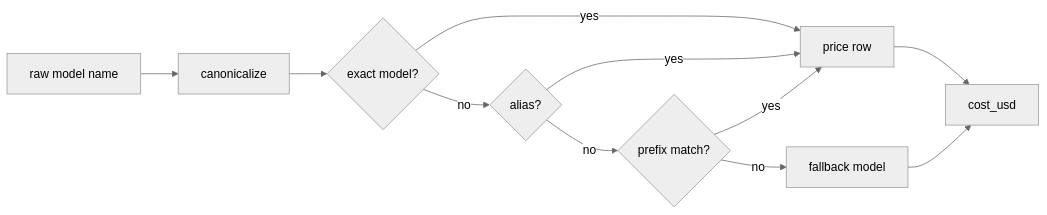
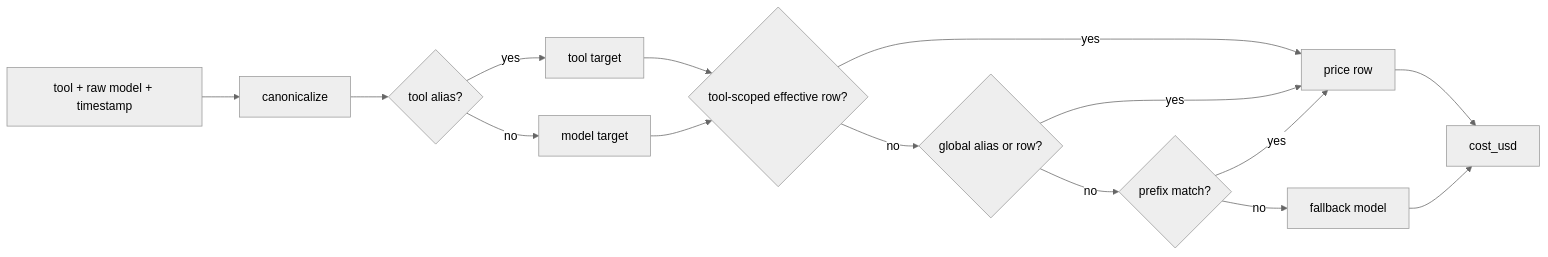
One commit to russmckendrick/tokenuse changed the fourth of 4 diagrams in docs/development/architecture.md. Above: the diagram before and after it, drawn with Mermaid (neutral theme). The commit also changed other lines of this file and 8 other files, not shown here.

````diff
--- a/docs/development/architecture.md
+++ b/docs/development/architecture.md
@@ -179,13 +179,17 @@
 ```mermaid
 flowchart LR
-    A[raw model name] --> B[canonicalize]
-    B --> C{exact model?}
-    C -->|yes| D[price row]
-    C -->|no| E{alias?}
-    E -->|yes| D
-    E -->|no| F{prefix match?}
-    F -->|yes| D
-    F -->|no| G[fallback model]
-    D --> H[cost_usd]
-    G --> H
+    A[tool + raw model + timestamp] --> B[canonicalize]
+    B --> C{tool alias?}
+    C -->|yes| D[tool target]
+    C -->|no| E[model target]
+    D --> F{tool-scoped effective row?}
+    E --> F
+    F -->|yes| G[price row]
+    F -->|no| H{global alias or row?}
+    H -->|yes| G
+    H -->|no| I{prefix match?}
+    I -->|yes| G
+    I -->|no| J[fallback model]
+    G --> K[cost_usd]
+    J --> K
 ```
````
